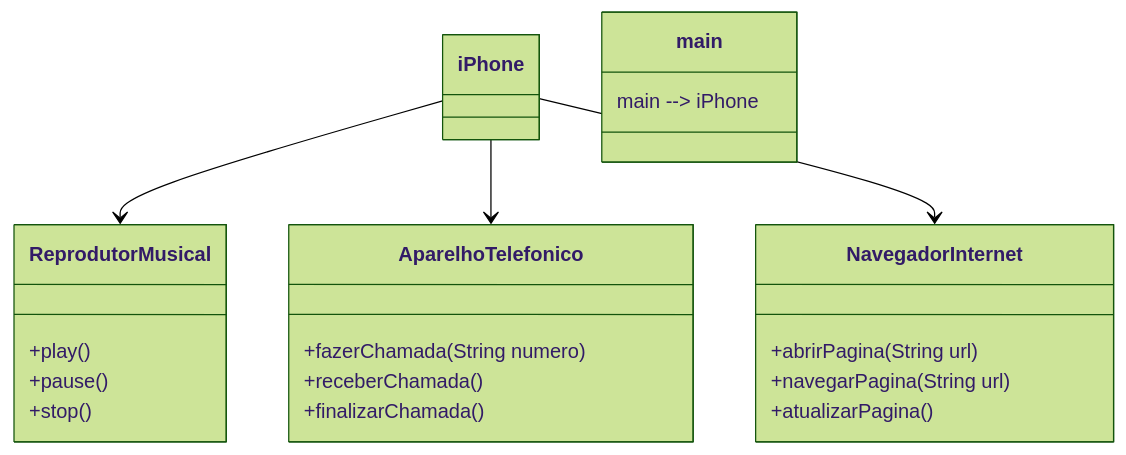
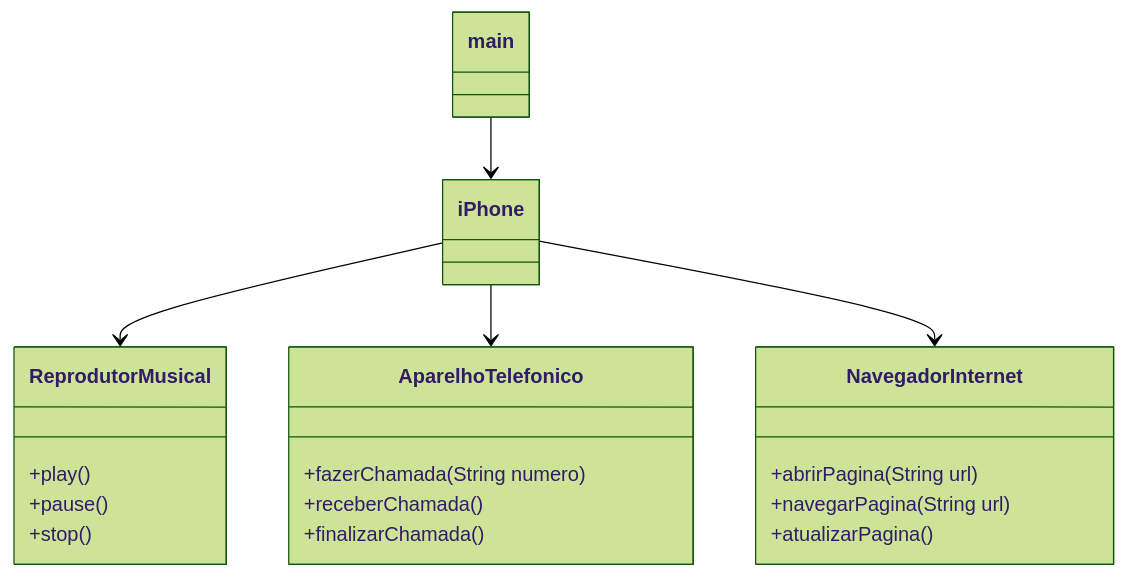
Before and after one commit to david93dev/exercicio-interface-dio: the diagram in README.md, drawn with Mermaid (forest theme).

````diff
--- a/README.md
+++ b/README.md
@@ -2,31 +2,33 @@
 ```mermaid
 classDiagram
     class ReprodutorMusical {
         +play()
         +pause()
         +stop()
     }
 
     class AparelhoTelefonico {
         +fazerChamada(String numero)
         +receberChamada()
         +finalizarChamada()
     }
 
     class NavegadorInternet {
         +abrirPagina(String url)
         +navegarPagina(String url)
         +atualizarPagina()
     }
 
     class iPhone {
     }
 
     iPhone --> ReprodutorMusical
     iPhone --> AparelhoTelefonico
     iPhone --> NavegadorInternet
 
     class main {
+    }
+
     main --> iPhone
-    }
+    
 ```
````
